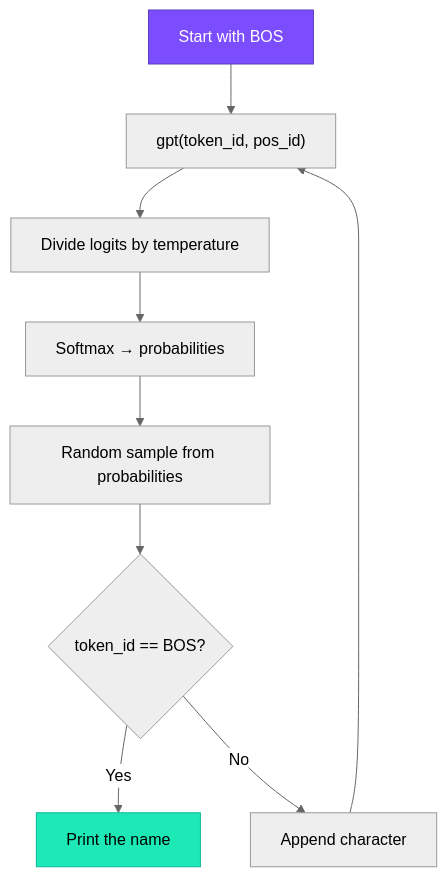
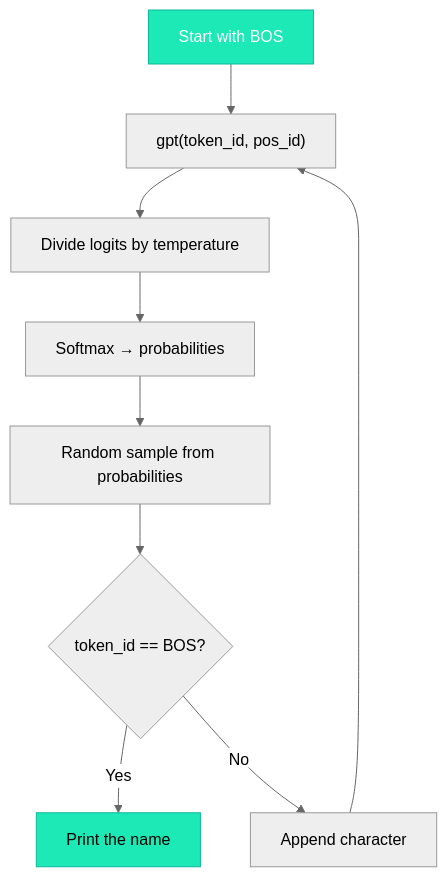
Before and after one commit to iamkhalid2/microgpt-course: the diagram in docs/05-inference/00-generating-text.md, drawn with Mermaid (neutral theme). The commit also changed 23 other files, not shown here.

````diff
--- a/docs/05-inference/00-generating-text.md
+++ b/docs/05-inference/00-generating-text.md
@@ -31,14 +31,14 @@
 ```mermaid
 flowchart TD
     START["Start with BOS"] --> GPT["gpt(token_id, pos_id)"]
     GPT --> TEMP["Divide logits by temperature"]
     TEMP --> SM["Softmax → probabilities"]
     SM --> SAMPLE["Random sample from probabilities"]
     SAMPLE --> CHECK{"token_id == BOS?"}
     CHECK -->|"Yes"| DONE["Print the name"]
     CHECK -->|"No"| APPEND["Append character"]
     APPEND --> GPT
 
-    style START fill:#7c4dff,stroke:#5c3cbf,color:#fff
+    style START fill:#1de9b6,stroke:#0db99a,color:#fff
     style DONE fill:#1de9b6,stroke:#0db99a,color:#000
 ```
````
